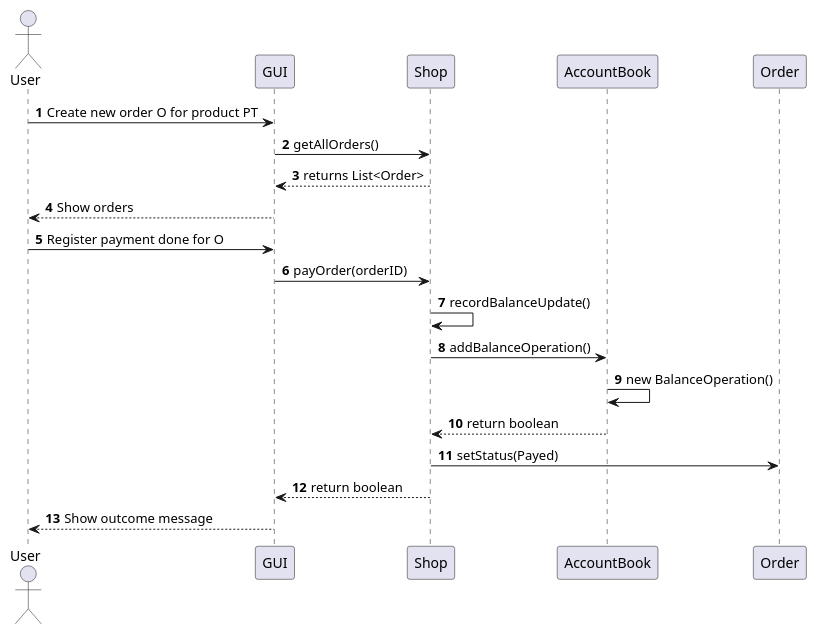
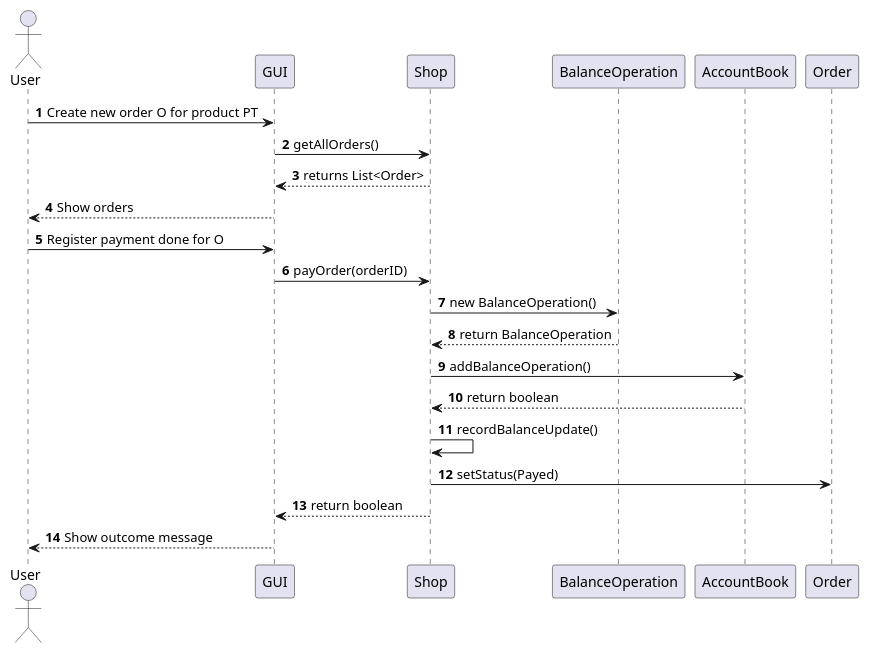
The tenth of 23 diagrams in Deliverables/DesignDocument.md (Stormz4/group20-EzShop), drawn with PlantUML before and after one commit. The commit also changed other lines of this file, not shown here.

````diff
--- a/Deliverables/DesignDocument.md
+++ b/Deliverables/DesignDocument.md
@@ -523,19 +445,20 @@
 ```plantuml
 @startuml
 Actor User
 autonumber
 User -> GUI: Create new order O for product PT
 GUI -> Shop: getAllOrders()
 Shop --> GUI: returns List<Order>
 GUI --> User: Show orders
 User -> GUI: Register payment done for O
 GUI -> Shop: payOrder(orderID)
+Shop -> BalanceOperation: new BalanceOperation()
+BalanceOperation --> Shop: return BalanceOperation
+Shop -> AccountBook: addBalanceOperation()
+AccountBook --> Shop: return boolean
 Shop -> Shop: recordBalanceUpdate()
-Shop -> AccountBook: addBalanceOperation()
-AccountBook -> AccountBook: new BalanceOperation()
-AccountBook --> Shop: return boolean
 Shop -> Order: setStatus(Payed)
 Shop --> GUI: return boolean
 GUI --> User: Show outcome message
 @enduml
-```
+```   
````
